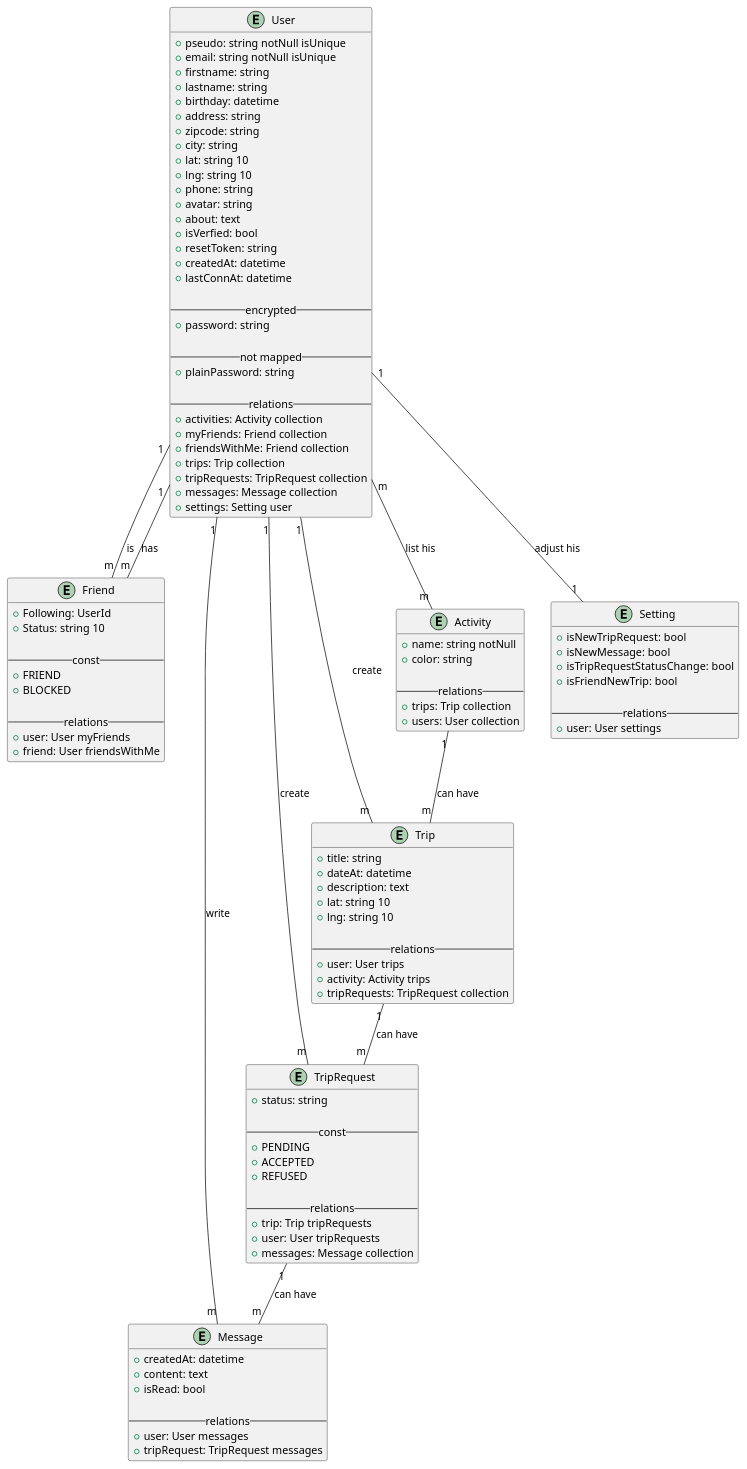
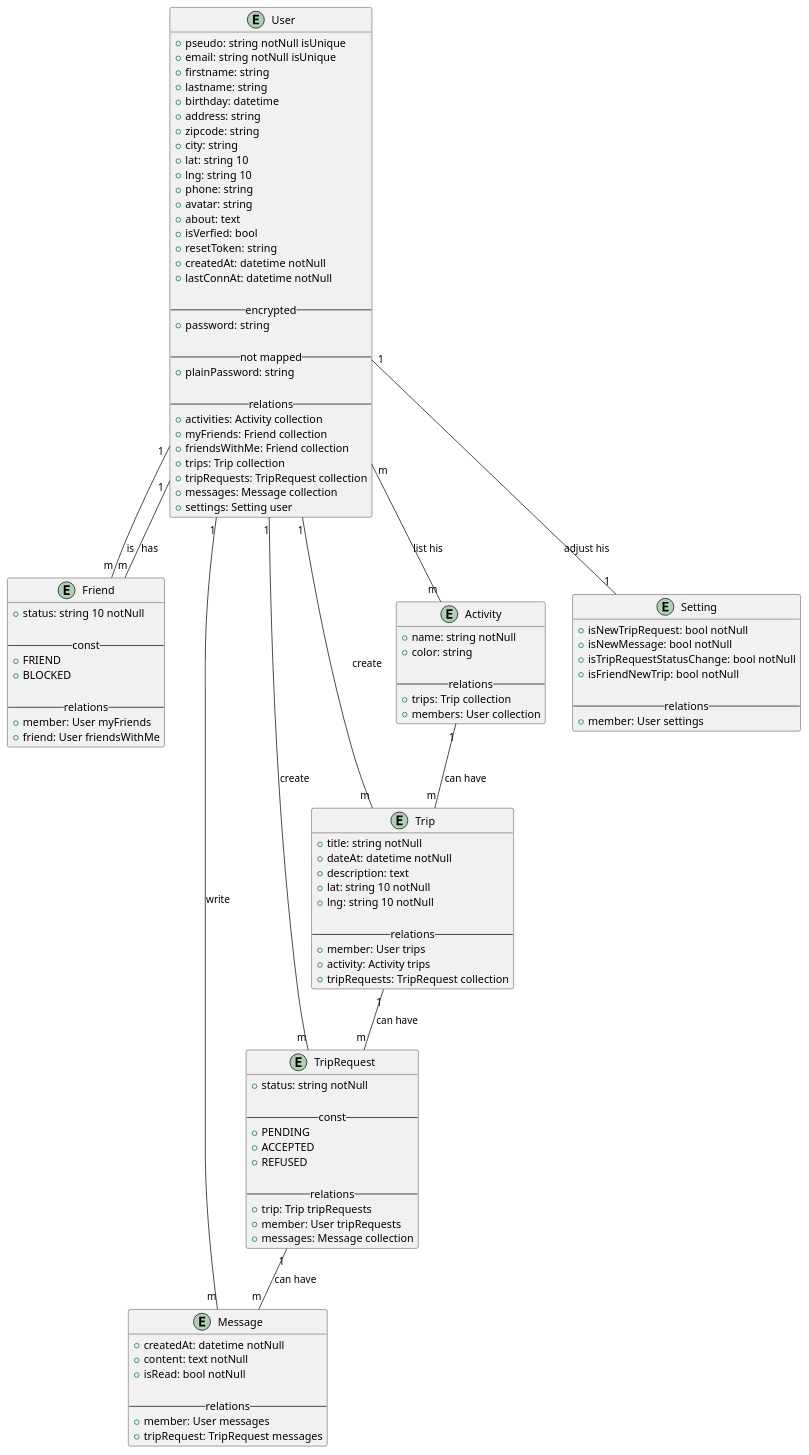
Before and after one commit to canyonx/organize: the diagram in docs/entities.pu, drawn with PlantUML. The commit also changed 4 other files, not shown here.

```diff
--- a/docs/entities.pu
+++ b/docs/entities.pu
@@ -1,119 +1,118 @@
 @startuml entities
 
 entity User {
   + pseudo: string notNull isUnique
   + email: string notNull isUnique
   + firstname: string 
   + lastname: string
   + birthday: datetime
   + address: string
   + zipcode: string
   + city: string
   + lat: string 10
   + lng: string 10
   + phone: string 
   + avatar: string
   + about: text
   + isVerfied: bool
   + resetToken: string
-  + createdAt: datetime
-  + lastConnAt: datetime
+  + createdAt: datetime notNull
+  + lastConnAt: datetime notNull
 
   -- encrypted --
   + password: string
     
   -- not mapped --
   + plainPassword: string
   
   -- relations --
   + activities: Activity collection
   + myFriends: Friend collection 
   + friendsWithMe: Friend collection 
   + trips: Trip collection 
   + tripRequests: TripRequest collection
   + messages: Message collection
   + settings: Setting user
 }
 
 entity Friend {
-  + Following: UserId
-  + Status: string 10
+  + status: string 10 notNull
   
   -- const --
   + FRIEND
   + BLOCKED
   
   -- relations --
-  + user: User myFriends
+  + member: User myFriends
   + friend: User friendsWithMe
 }
 
 entity Trip {
-  + title: string
-  + dateAt: datetime
+  + title: string notNull
+  + dateAt: datetime notNull
   + description: text
-  + lat: string 10
-  + lng: string 10
+  + lat: string 10 notNull
+  + lng: string 10 notNull
   
   -- relations --
-  + user: User trips
+  + member: User trips
   + activity: Activity trips
   + tripRequests: TripRequest collection
 }
 
 entity Message {
-  + createdAt: datetime
-  + content: text
-  + isRead: bool
+  + createdAt: datetime notNull
+  + content: text notNull
+  + isRead: bool notNull
   
   -- relations --
-  + user: User messages
+  + member: User messages
   + tripRequest: TripRequest messages
 }
 
 entity Activity {
   + name: string notNull
   + color: string
   
   -- relations --
   + trips: Trip collection
-  + users: User collection
+  + members: User collection
 }
 
 entity TripRequest {
-  + status: string
+  + status: string notNull
   
   -- const --
   + PENDING
   + ACCEPTED
   + REFUSED
         
   -- relations --
   + trip: Trip tripRequests
-  + user: User tripRequests
+  + member: User tripRequests
   + messages: Message collection
 }
 
 entity Setting {
-  + isNewTripRequest: bool
-  + isNewMessage: bool
-  + isTripRequestStatusChange: bool
-  + isFriendNewTrip: bool
+  + isNewTripRequest: bool notNull
+  + isNewMessage: bool notNull
+  + isTripRequestStatusChange: bool notNull
+  + isFriendNewTrip: bool notNull
   
   -- relations --
-  + user: User settings
+  + member: User settings
 }
 
 User        "1" -- "m"      Friend : has
 User        "1" -- "m"      Friend : is
 User        "1" -- "m"      Trip : create
 User        "1" -- "m"      TripRequest : create
 User        "1" -- "m"      Message : write
 User        "1" -- "1"      Setting : adjust his
 User        "m" -- "m"      Activity : list his
 
 Activity    "1" -- "m"      Trip : can have
 Trip        "1" -- "m"      TripRequest : can have
 TripRequest "1" -- "m"      Message : can have
 
 @enduml
```
